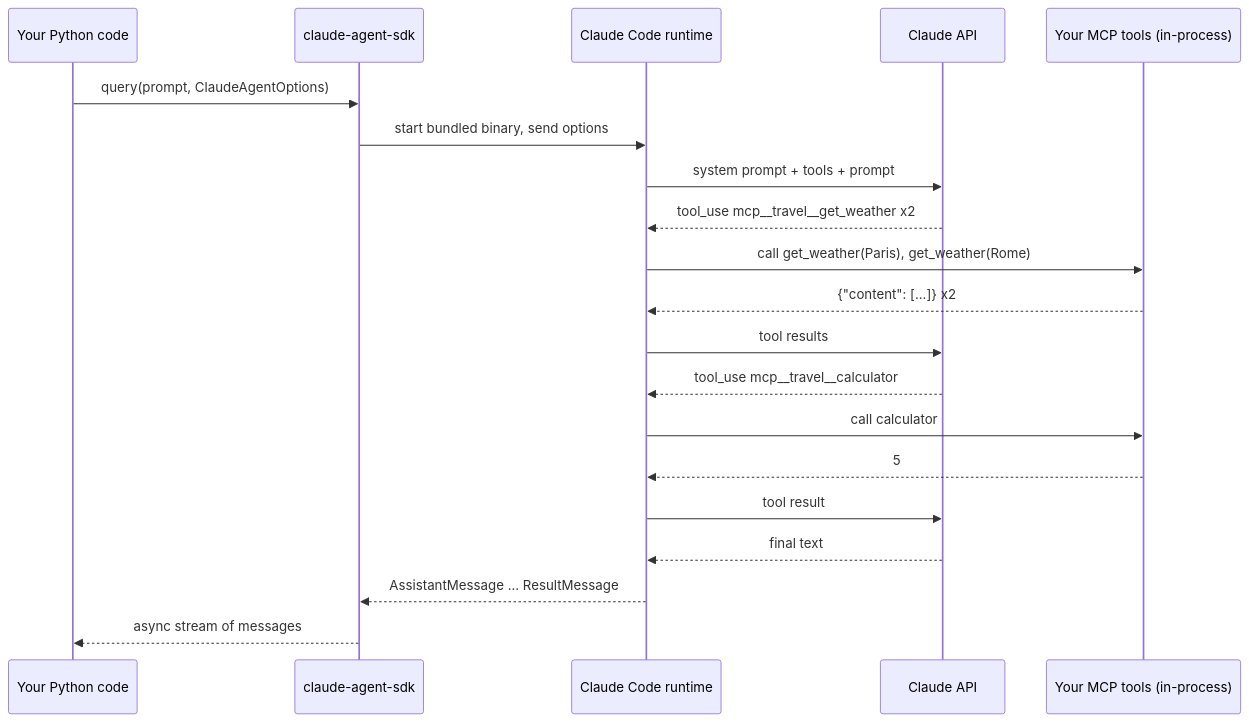
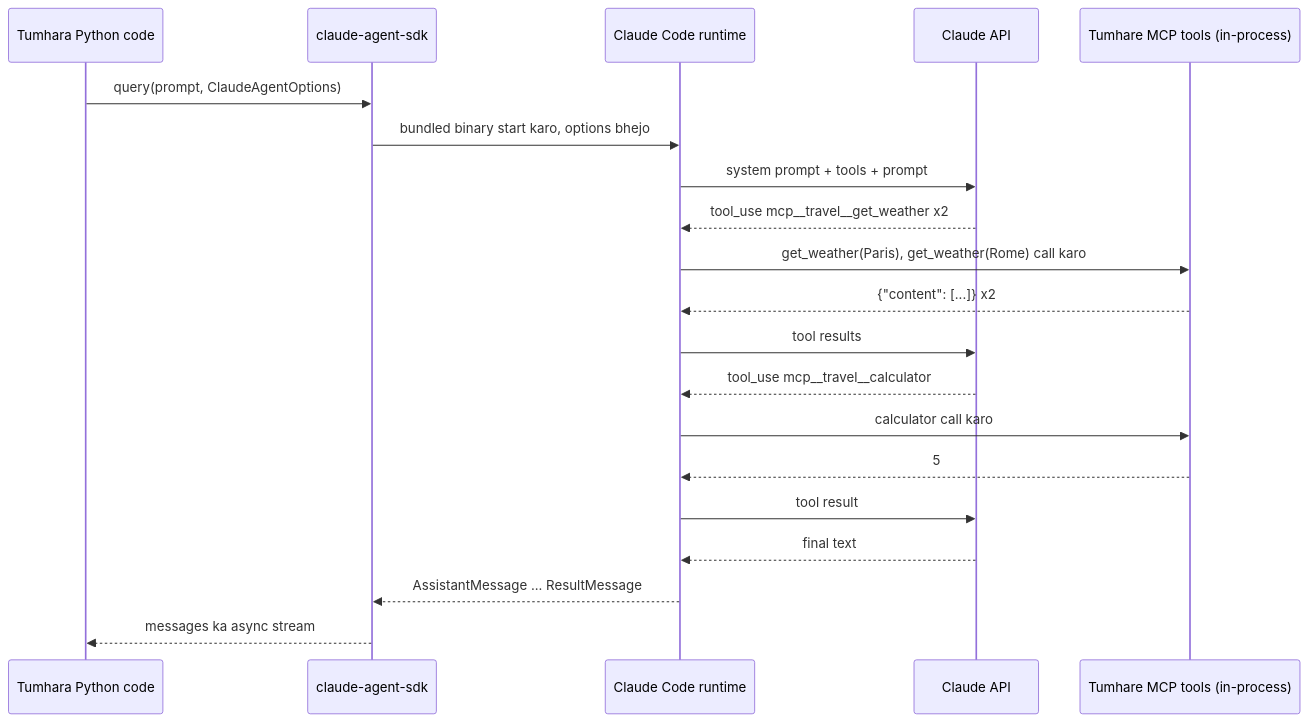
Before and after one commit to asmustechno/agentic-ai-notes: the diagram in docs/11-frameworks/11.6-claude-agent-sdk.md, drawn with Mermaid. The commit also changed other lines of this file and 135 other files, not shown here.

````diff
--- a/docs/11-frameworks/11.6-claude-agent-sdk.md
+++ b/docs/11-frameworks/11.6-claude-agent-sdk.md
@@ -61,22 +65,22 @@
 ```mermaid
 sequenceDiagram
-    participant P as Your Python code
+    participant P as Tumhara Python code
     participant S as claude-agent-sdk
     participant C as Claude Code runtime
     participant A as Claude API
-    participant M as Your MCP tools (in-process)
+    participant M as Tumhare MCP tools (in-process)
     P->>S: query(prompt, ClaudeAgentOptions)
-    S->>C: start bundled binary, send options
+    S->>C: bundled binary start karo, options bhejo
     C->>A: system prompt + tools + prompt
     A-->>C: tool_use mcp__travel__get_weather x2
-    C->>M: call get_weather(Paris), get_weather(Rome)
+    C->>M: get_weather(Paris), get_weather(Rome) call karo
     M-->>C: {"content": [...]} x2
     C->>A: tool results
     A-->>C: tool_use mcp__travel__calculator
-    C->>M: call calculator
+    C->>M: calculator call karo
     M-->>C: 5
     C->>A: tool result
     A-->>C: final text
     C-->>S: AssistantMessage ... ResultMessage
-    S-->>P: async stream of messages
+    S-->>P: messages ka async stream
 ```
````
